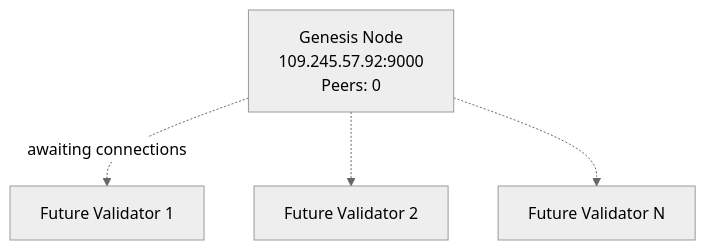
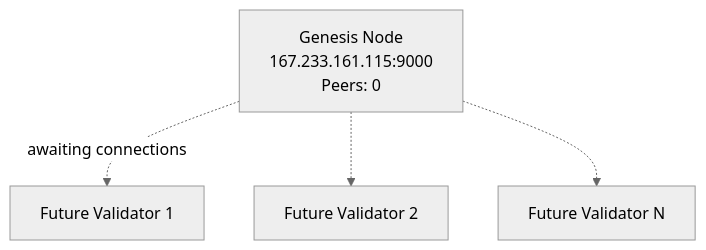
Before and after one commit to Alexand173/ultranet: the sixth of 9 diagrams in ULTRA_NET_TECHNICAL_GUIDE.md, drawn with Mermaid (neutral theme). The commit also changed other lines of this file and 8 other files, not shown here.

````diff
--- a/ULTRA_NET_TECHNICAL_GUIDE.md
+++ b/ULTRA_NET_TECHNICAL_GUIDE.md
@@ -542,6 +542,6 @@
 ```mermaid
 graph TD
-    G[Genesis Node<br/>109.245.57.92:9000<br/>Peers: 0] -.->|awaiting connections| P1[Future Validator 1]
+    G[Genesis Node<br/>167.233.161.115:9000<br/>Peers: 0] -.->|awaiting connections| P1[Future Validator 1]
     G -.-> P2[Future Validator 2]
     G -.-> P3[Future Validator N]
 ```
````
